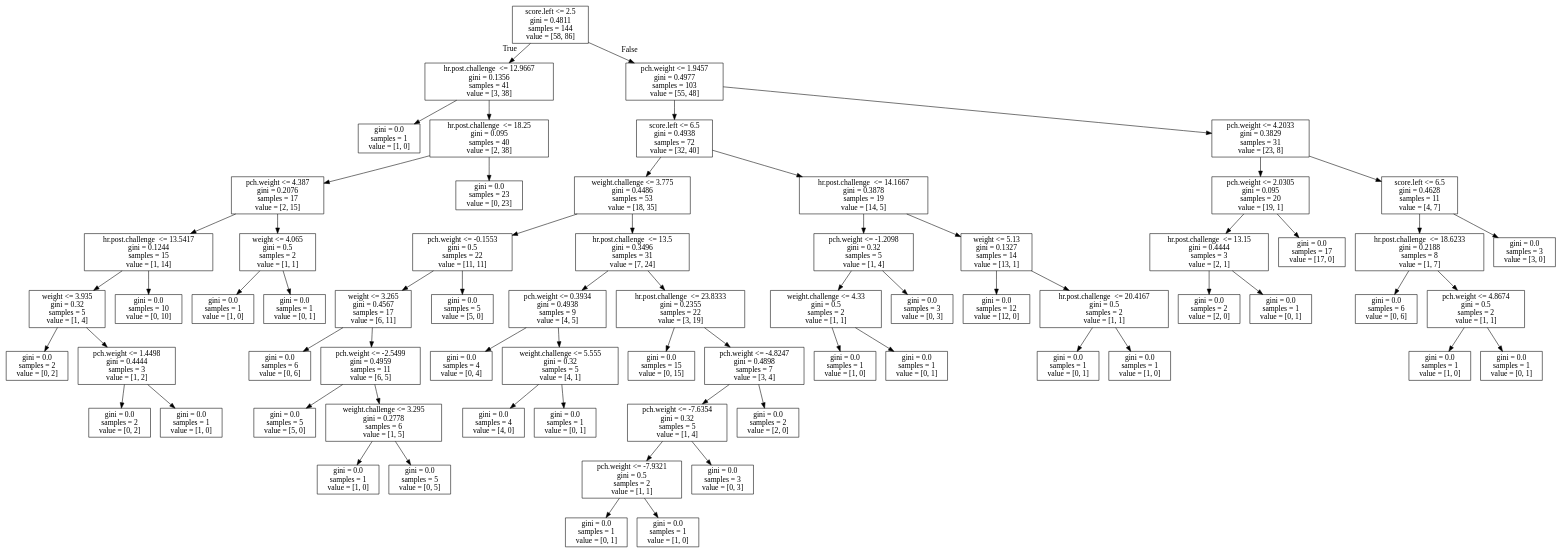
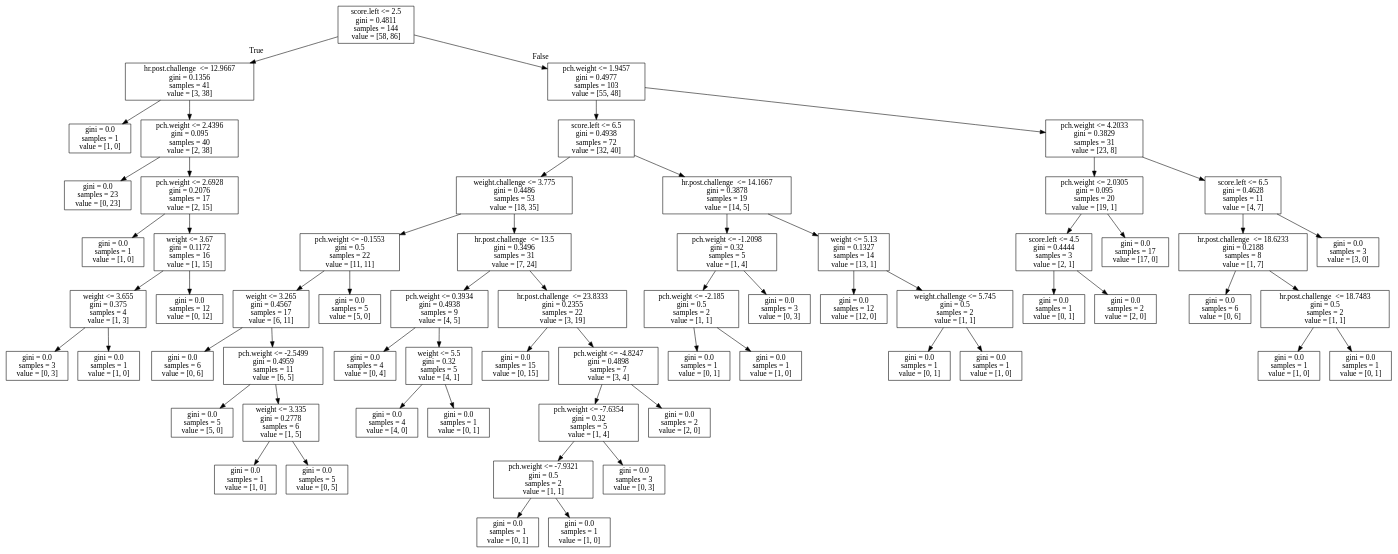
Before and after one commit to radaniba/Sepsis_Project: the diagram in notebooks/dt.dot, drawn with Graphviz. The commit also changed 52 other files, not shown here.

```diff
--- a/notebooks/dt.dot
+++ b/notebooks/dt.dot
@@ -1,136 +1,128 @@
 digraph Tree {
 node [shape=box] ;
 0 [label="score.left <= 2.5\ngini = 0.4811\nsamples = 144\nvalue = [58, 86]"] ;
 1 [label="hr.post.challenge  <= 12.9667\ngini = 0.1356\nsamples = 41\nvalue = [3, 38]"] ;
 0 -> 1 [labeldistance=2.5, labelangle=45, headlabel="True"] ;
 2 [label="gini = 0.0\nsamples = 1\nvalue = [1, 0]"] ;
 1 -> 2 ;
-3 [label="hr.post.challenge  <= 18.25\ngini = 0.095\nsamples = 40\nvalue = [2, 38]"] ;
+3 [label="pch.weight <= 2.4396\ngini = 0.095\nsamples = 40\nvalue = [2, 38]"] ;
 1 -> 3 ;
-4 [label="pch.weight <= 4.387\ngini = 0.2076\nsamples = 17\nvalue = [2, 15]"] ;
+4 [label="gini = 0.0\nsamples = 23\nvalue = [0, 23]"] ;
 3 -> 4 ;
-5 [label="hr.post.challenge  <= 13.5417\ngini = 0.1244\nsamples = 15\nvalue = [1, 14]"] ;
-4 -> 5 ;
-6 [label="weight <= 3.935\ngini = 0.32\nsamples = 5\nvalue = [1, 4]"] ;
+5 [label="pch.weight <= 2.6928\ngini = 0.2076\nsamples = 17\nvalue = [2, 15]"] ;
+3 -> 5 ;
+6 [label="gini = 0.0\nsamples = 1\nvalue = [1, 0]"] ;
 5 -> 6 ;
-7 [label="gini = 0.0\nsamples = 2\nvalue = [0, 2]"] ;
-6 -> 7 ;
-8 [label="pch.weight <= 1.4498\ngini = 0.4444\nsamples = 3\nvalue = [1, 2]"] ;
-6 -> 8 ;
-9 [label="gini = 0.0\nsamples = 2\nvalue = [0, 2]"] ;
+7 [label="weight <= 3.67\ngini = 0.1172\nsamples = 16\nvalue = [1, 15]"] ;
+5 -> 7 ;
+8 [label="weight <= 3.655\ngini = 0.375\nsamples = 4\nvalue = [1, 3]"] ;
+7 -> 8 ;
+9 [label="gini = 0.0\nsamples = 3\nvalue = [0, 3]"] ;
 8 -> 9 ;
 10 [label="gini = 0.0\nsamples = 1\nvalue = [1, 0]"] ;
 8 -> 10 ;
-11 [label="gini = 0.0\nsamples = 10\nvalue = [0, 10]"] ;
-5 -> 11 ;
-12 [label="weight <= 4.065\ngini = 0.5\nsamples = 2\nvalue = [1, 1]"] ;
-4 -> 12 ;
-13 [label="gini = 0.0\nsamples = 1\nvalue = [1, 0]"] ;
+11 [label="gini = 0.0\nsamples = 12\nvalue = [0, 12]"] ;
+7 -> 11 ;
+12 [label="pch.weight <= 1.9457\ngini = 0.4977\nsamples = 103\nvalue = [55, 48]"] ;
+0 -> 12 [labeldistance=2.5, labelangle=-45, headlabel="False"] ;
+13 [label="score.left <= 6.5\ngini = 0.4938\nsamples = 72\nvalue = [32, 40]"] ;
 12 -> 13 ;
-14 [label="gini = 0.0\nsamples = 1\nvalue = [0, 1]"] ;
-12 -> 14 ;
-15 [label="gini = 0.0\nsamples = 23\nvalue = [0, 23]"] ;
-3 -> 15 ;
-16 [label="pch.weight <= 1.9457\ngini = 0.4977\nsamples = 103\nvalue = [55, 48]"] ;
-0 -> 16 [labeldistance=2.5, labelangle=-45, headlabel="False"] ;
-17 [label="score.left <= 6.5\ngini = 0.4938\nsamples = 72\nvalue = [32, 40]"] ;
+14 [label="weight.challenge <= 3.775\ngini = 0.4486\nsamples = 53\nvalue = [18, 35]"] ;
+13 -> 14 ;
+15 [label="pch.weight <= -0.1553\ngini = 0.5\nsamples = 22\nvalue = [11, 11]"] ;
+14 -> 15 ;
+16 [label="weight <= 3.265\ngini = 0.4567\nsamples = 17\nvalue = [6, 11]"] ;
+15 -> 16 ;
+17 [label="gini = 0.0\nsamples = 6\nvalue = [0, 6]"] ;
 16 -> 17 ;
-18 [label="weight.challenge <= 3.775\ngini = 0.4486\nsamples = 53\nvalue = [18, 35]"] ;
-17 -> 18 ;
-19 [label="pch.weight <= -0.1553\ngini = 0.5\nsamples = 22\nvalue = [11, 11]"] ;
+18 [label="pch.weight <= -2.5499\ngini = 0.4959\nsamples = 11\nvalue = [6, 5]"] ;
+16 -> 18 ;
+19 [label="gini = 0.0\nsamples = 5\nvalue = [5, 0]"] ;
 18 -> 19 ;
-20 [label="weight <= 3.265\ngini = 0.4567\nsamples = 17\nvalue = [6, 11]"] ;
-19 -> 20 ;
-21 [label="gini = 0.0\nsamples = 6\nvalue = [0, 6]"] ;
+20 [label="weight <= 3.335\ngini = 0.2778\nsamples = 6\nvalue = [1, 5]"] ;
+18 -> 20 ;
+21 [label="gini = 0.0\nsamples = 1\nvalue = [1, 0]"] ;
 20 -> 21 ;
-22 [label="pch.weight <= -2.5499\ngini = 0.4959\nsamples = 11\nvalue = [6, 5]"] ;
+22 [label="gini = 0.0\nsamples = 5\nvalue = [0, 5]"] ;
 20 -> 22 ;
 23 [label="gini = 0.0\nsamples = 5\nvalue = [5, 0]"] ;
-22 -> 23 ;
-24 [label="weight.challenge <= 3.295\ngini = 0.2778\nsamples = 6\nvalue = [1, 5]"] ;
-22 -> 24 ;
-25 [label="gini = 0.0\nsamples = 1\nvalue = [1, 0]"] ;
+15 -> 23 ;
+24 [label="hr.post.challenge  <= 13.5\ngini = 0.3496\nsamples = 31\nvalue = [7, 24]"] ;
+14 -> 24 ;
+25 [label="pch.weight <= 0.3934\ngini = 0.4938\nsamples = 9\nvalue = [4, 5]"] ;
 24 -> 25 ;
-26 [label="gini = 0.0\nsamples = 5\nvalue = [0, 5]"] ;
-24 -> 26 ;
-27 [label="gini = 0.0\nsamples = 5\nvalue = [5, 0]"] ;
-19 -> 27 ;
-28 [label="hr.post.challenge  <= 13.5\ngini = 0.3496\nsamples = 31\nvalue = [7, 24]"] ;
-18 -> 28 ;
-29 [label="pch.weight <= 0.3934\ngini = 0.4938\nsamples = 9\nvalue = [4, 5]"] ;
-28 -> 29 ;
-30 [label="gini = 0.0\nsamples = 4\nvalue = [0, 4]"] ;
-29 -> 30 ;
-31 [label="weight.challenge <= 5.555\ngini = 0.32\nsamples = 5\nvalue = [4, 1]"] ;
-29 -> 31 ;
-32 [label="gini = 0.0\nsamples = 4\nvalue = [4, 0]"] ;
-31 -> 32 ;
-33 [label="gini = 0.0\nsamples = 1\nvalue = [0, 1]"] ;
-31 -> 33 ;
-34 [label="hr.post.challenge  <= 23.8333\ngini = 0.2355\nsamples = 22\nvalue = [3, 19]"] ;
-28 -> 34 ;
-35 [label="gini = 0.0\nsamples = 15\nvalue = [0, 15]"] ;
+26 [label="gini = 0.0\nsamples = 4\nvalue = [0, 4]"] ;
+25 -> 26 ;
+27 [label="weight <= 5.5\ngini = 0.32\nsamples = 5\nvalue = [4, 1]"] ;
+25 -> 27 ;
+28 [label="gini = 0.0\nsamples = 4\nvalue = [4, 0]"] ;
+27 -> 28 ;
+29 [label="gini = 0.0\nsamples = 1\nvalue = [0, 1]"] ;
+27 -> 29 ;
+30 [label="hr.post.challenge  <= 23.8333\ngini = 0.2355\nsamples = 22\nvalue = [3, 19]"] ;
+24 -> 30 ;
+31 [label="gini = 0.0\nsamples = 15\nvalue = [0, 15]"] ;
+30 -> 31 ;
+32 [label="pch.weight <= -4.8247\ngini = 0.4898\nsamples = 7\nvalue = [3, 4]"] ;
+30 -> 32 ;
+33 [label="pch.weight <= -7.6354\ngini = 0.32\nsamples = 5\nvalue = [1, 4]"] ;
+32 -> 33 ;
+34 [label="pch.weight <= -7.9321\ngini = 0.5\nsamples = 2\nvalue = [1, 1]"] ;
+33 -> 34 ;
+35 [label="gini = 0.0\nsamples = 1\nvalue = [0, 1]"] ;
 34 -> 35 ;
-36 [label="pch.weight <= -4.8247\ngini = 0.4898\nsamples = 7\nvalue = [3, 4]"] ;
+36 [label="gini = 0.0\nsamples = 1\nvalue = [1, 0]"] ;
 34 -> 36 ;
-37 [label="pch.weight <= -7.6354\ngini = 0.32\nsamples = 5\nvalue = [1, 4]"] ;
-36 -> 37 ;
-38 [label="pch.weight <= -7.9321\ngini = 0.5\nsamples = 2\nvalue = [1, 1]"] ;
-37 -> 38 ;
-39 [label="gini = 0.0\nsamples = 1\nvalue = [0, 1]"] ;
-38 -> 39 ;
-40 [label="gini = 0.0\nsamples = 1\nvalue = [1, 0]"] ;
-38 -> 40 ;
-41 [label="gini = 0.0\nsamples = 3\nvalue = [0, 3]"] ;
-37 -> 41 ;
-42 [label="gini = 0.0\nsamples = 2\nvalue = [2, 0]"] ;
-36 -> 42 ;
-43 [label="hr.post.challenge  <= 14.1667\ngini = 0.3878\nsamples = 19\nvalue = [14, 5]"] ;
-17 -> 43 ;
-44 [label="pch.weight <= -1.2098\ngini = 0.32\nsamples = 5\nvalue = [1, 4]"] ;
-43 -> 44 ;
-45 [label="weight.challenge <= 4.33\ngini = 0.5\nsamples = 2\nvalue = [1, 1]"] ;
-44 -> 45 ;
-46 [label="gini = 0.0\nsamples = 1\nvalue = [1, 0]"] ;
+37 [label="gini = 0.0\nsamples = 3\nvalue = [0, 3]"] ;
+33 -> 37 ;
+38 [label="gini = 0.0\nsamples = 2\nvalue = [2, 0]"] ;
+32 -> 38 ;
+39 [label="hr.post.challenge  <= 14.1667\ngini = 0.3878\nsamples = 19\nvalue = [14, 5]"] ;
+13 -> 39 ;
+40 [label="pch.weight <= -1.2098\ngini = 0.32\nsamples = 5\nvalue = [1, 4]"] ;
+39 -> 40 ;
+41 [label="pch.weight <= -2.185\ngini = 0.5\nsamples = 2\nvalue = [1, 1]"] ;
+40 -> 41 ;
+42 [label="gini = 0.0\nsamples = 1\nvalue = [0, 1]"] ;
+41 -> 42 ;
+43 [label="gini = 0.0\nsamples = 1\nvalue = [1, 0]"] ;
+41 -> 43 ;
+44 [label="gini = 0.0\nsamples = 3\nvalue = [0, 3]"] ;
+40 -> 44 ;
+45 [label="weight <= 5.13\ngini = 0.1327\nsamples = 14\nvalue = [13, 1]"] ;
+39 -> 45 ;
+46 [label="gini = 0.0\nsamples = 12\nvalue = [12, 0]"] ;
 45 -> 46 ;
-47 [label="gini = 0.0\nsamples = 1\nvalue = [0, 1]"] ;
+47 [label="weight.challenge <= 5.745\ngini = 0.5\nsamples = 2\nvalue = [1, 1]"] ;
 45 -> 47 ;
-48 [label="gini = 0.0\nsamples = 3\nvalue = [0, 3]"] ;
-44 -> 48 ;
-49 [label="weight <= 5.13\ngini = 0.1327\nsamples = 14\nvalue = [13, 1]"] ;
-43 -> 49 ;
-50 [label="gini = 0.0\nsamples = 12\nvalue = [12, 0]"] ;
-49 -> 50 ;
-51 [label="hr.post.challenge  <= 20.4167\ngini = 0.5\nsamples = 2\nvalue = [1, 1]"] ;
-49 -> 51 ;
-52 [label="gini = 0.0\nsamples = 1\nvalue = [0, 1]"] ;
+48 [label="gini = 0.0\nsamples = 1\nvalue = [0, 1]"] ;
+47 -> 48 ;
+49 [label="gini = 0.0\nsamples = 1\nvalue = [1, 0]"] ;
+47 -> 49 ;
+50 [label="pch.weight <= 4.2033\ngini = 0.3829\nsamples = 31\nvalue = [23, 8]"] ;
+12 -> 50 ;
+51 [label="pch.weight <= 2.0305\ngini = 0.095\nsamples = 20\nvalue = [19, 1]"] ;
+50 -> 51 ;
+52 [label="score.left <= 4.5\ngini = 0.4444\nsamples = 3\nvalue = [2, 1]"] ;
 51 -> 52 ;
-53 [label="gini = 0.0\nsamples = 1\nvalue = [1, 0]"] ;
-51 -> 53 ;
-54 [label="pch.weight <= 4.2033\ngini = 0.3829\nsamples = 31\nvalue = [23, 8]"] ;
-16 -> 54 ;
-55 [label="pch.weight <= 2.0305\ngini = 0.095\nsamples = 20\nvalue = [19, 1]"] ;
-54 -> 55 ;
-56 [label="hr.post.challenge  <= 13.15\ngini = 0.4444\nsamples = 3\nvalue = [2, 1]"] ;
-55 -> 56 ;
-57 [label="gini = 0.0\nsamples = 2\nvalue = [2, 0]"] ;
+53 [label="gini = 0.0\nsamples = 1\nvalue = [0, 1]"] ;
+52 -> 53 ;
+54 [label="gini = 0.0\nsamples = 2\nvalue = [2, 0]"] ;
+52 -> 54 ;
+55 [label="gini = 0.0\nsamples = 17\nvalue = [17, 0]"] ;
+51 -> 55 ;
+56 [label="score.left <= 6.5\ngini = 0.4628\nsamples = 11\nvalue = [4, 7]"] ;
+50 -> 56 ;
+57 [label="hr.post.challenge  <= 18.6233\ngini = 0.2188\nsamples = 8\nvalue = [1, 7]"] ;
 56 -> 57 ;
-58 [label="gini = 0.0\nsamples = 1\nvalue = [0, 1]"] ;
-56 -> 58 ;
-59 [label="gini = 0.0\nsamples = 17\nvalue = [17, 0]"] ;
-55 -> 59 ;
-60 [label="score.left <= 6.5\ngini = 0.4628\nsamples = 11\nvalue = [4, 7]"] ;
-54 -> 60 ;
-61 [label="hr.post.challenge  <= 18.6233\ngini = 0.2188\nsamples = 8\nvalue = [1, 7]"] ;
-60 -> 61 ;
-62 [label="gini = 0.0\nsamples = 6\nvalue = [0, 6]"] ;
-61 -> 62 ;
-63 [label="pch.weight <= 4.8674\ngini = 0.5\nsamples = 2\nvalue = [1, 1]"] ;
-61 -> 63 ;
-64 [label="gini = 0.0\nsamples = 1\nvalue = [1, 0]"] ;
-63 -> 64 ;
-65 [label="gini = 0.0\nsamples = 1\nvalue = [0, 1]"] ;
-63 -> 65 ;
-66 [label="gini = 0.0\nsamples = 3\nvalue = [3, 0]"] ;
-60 -> 66 ;
+58 [label="gini = 0.0\nsamples = 6\nvalue = [0, 6]"] ;
+57 -> 58 ;
+59 [label="hr.post.challenge  <= 18.7483\ngini = 0.5\nsamples = 2\nvalue = [1, 1]"] ;
+57 -> 59 ;
+60 [label="gini = 0.0\nsamples = 1\nvalue = [1, 0]"] ;
+59 -> 60 ;
+61 [label="gini = 0.0\nsamples = 1\nvalue = [0, 1]"] ;
+59 -> 61 ;
+62 [label="gini = 0.0\nsamples = 3\nvalue = [3, 0]"] ;
+56 -> 62 ;
 }
```
